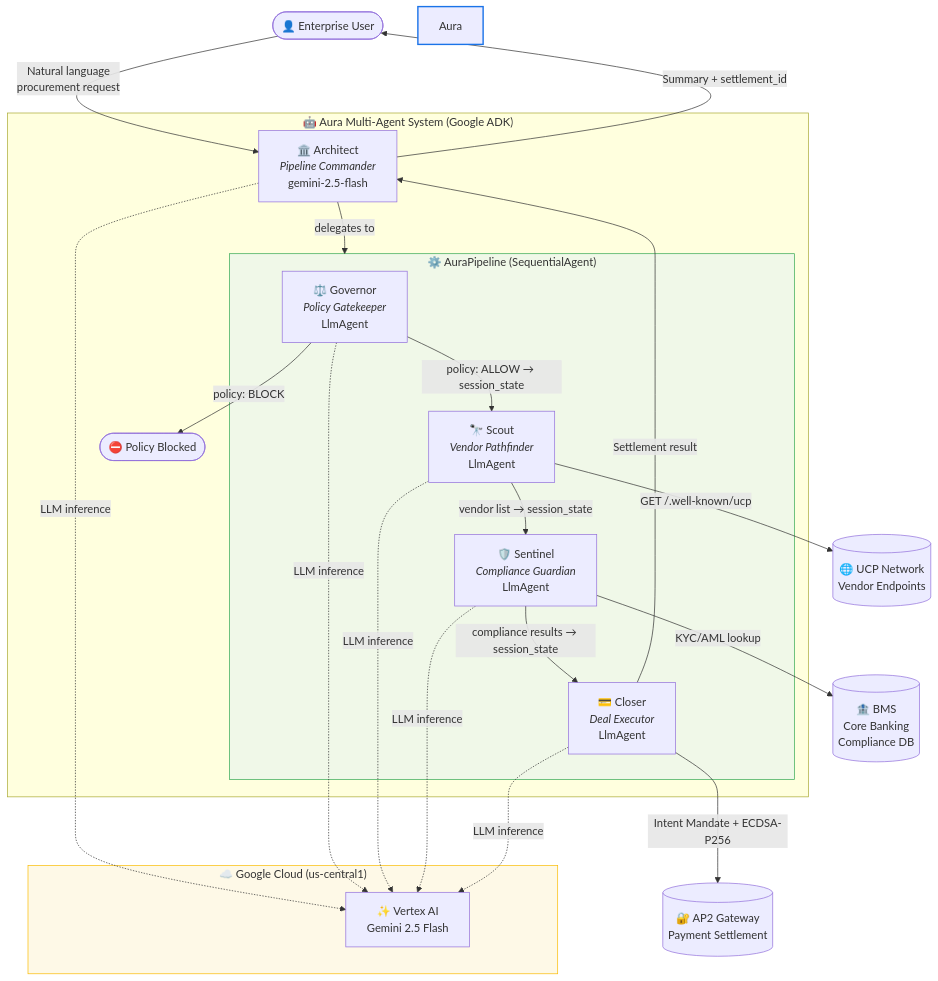
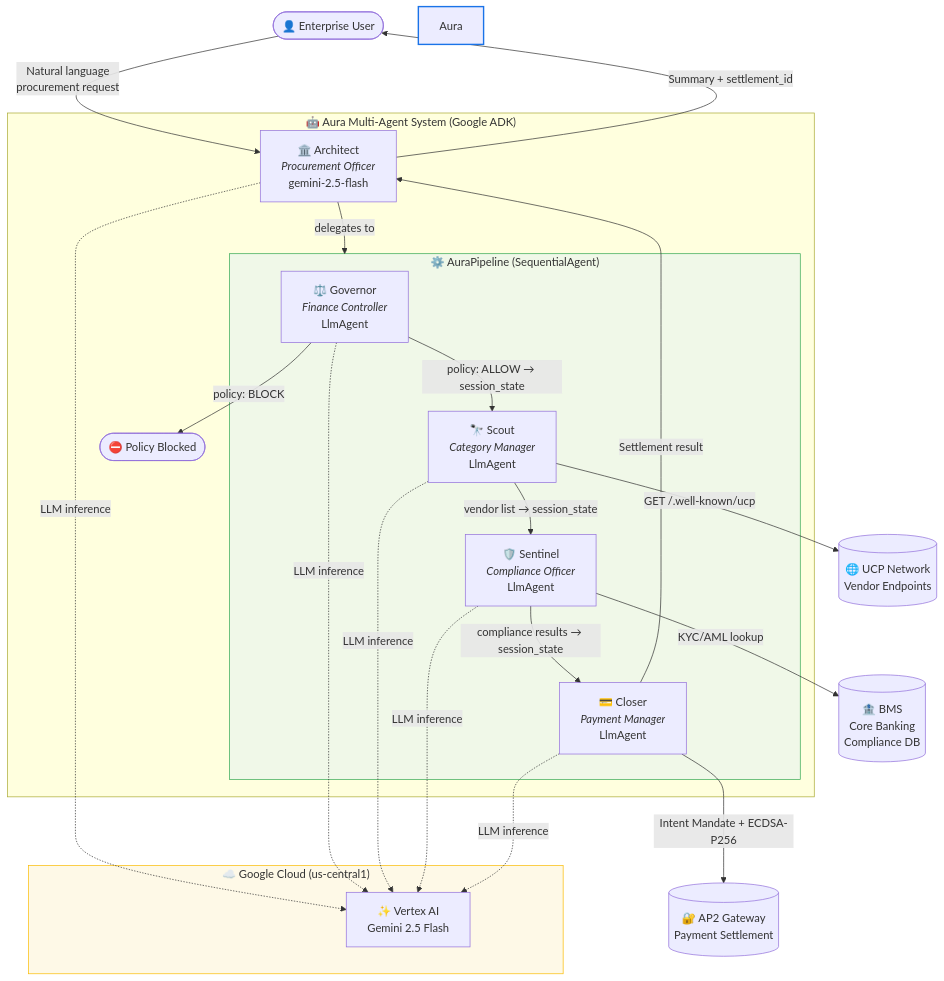
Before and after one commit to shailwx/aura: the diagram in docs/ARCHITECTURE.md, drawn with Mermaid. The commit also changed 26 other files, not shown here.

First line of the commit message:
feat: finish portal dashboard — severity CSS, finance history, live pipeline SSE (#32)

````diff
--- a/docs/ARCHITECTURE.md
+++ b/docs/ARCHITECTURE.md
@@ -11,42 +11,42 @@
 ```mermaid
 graph TD
     User([👤 Enterprise User]) -->|Natural language<br/>procurement request| Architect
 
     subgraph Aura MAS ["🤖 Aura Multi-Agent System (Google ADK)"]
-        Architect["🏛️ Architect<br/><i>Pipeline Commander</i><br/>gemini-2.5-flash"]
+        Architect["🏛️ Architect<br/><i>Procurement Officer</i><br/>gemini-2.5-flash"]
 
         subgraph Pipeline ["⚙️ AuraPipeline (SequentialAgent)"]
-            Governor["⚖️ Governor<br/><i>Policy Gatekeeper</i><br/>LlmAgent"]
-            Scout["🔭 Scout<br/><i>Vendor Pathfinder</i><br/>LlmAgent"]
-            Sentinel["🛡️ Sentinel<br/><i>Compliance Guardian</i><br/>LlmAgent"]
-            Closer["💳 Closer<br/><i>Deal Executor</i><br/>LlmAgent"]
+            Governor["⚖️ Governor<br/><i>Finance Controller</i><br/>LlmAgent"]
+            Scout["🔭 Scout<br/><i>Category Manager</i><br/>LlmAgent"]
+            Sentinel["🛡️ Sentinel<br/><i>Compliance Officer</i><br/>LlmAgent"]
+            Closer["💳 Closer<br/><i>Payment Manager</i><br/>LlmAgent"]
         end
 
         Architect -->|delegates to| Pipeline
         Governor -->|policy: ALLOW → session_state| Scout
         Governor -->|policy: BLOCK| PolicyBlocked(["⛔ Policy Blocked"])
         Scout -->|vendor list → session_state| Sentinel
         Sentinel -->|compliance results → session_state| Closer
     end
 
     Scout -->|GET /.well-known/ucp| UCP[("🌐 UCP Network<br/>Vendor Endpoints")]
     Sentinel -->|KYC/AML lookup| BMS[("🏦 BMS<br/>Core Banking<br/>Compliance DB")]
     Closer -->|Intent Mandate + ECDSA-P256| AP2[("🔐 AP2 Gateway<br/>Payment Settlement")]
 
     Closer -->|Settlement result| Architect
     Architect -->|Summary + settlement_id| User
 
     subgraph GCP ["☁️ Google Cloud (us-central1)"]
         VertexAI["✨ Vertex AI<br/>Gemini 2.5 Flash"]
     end
 
     Architect -.->|LLM inference| VertexAI
     Governor -.->|LLM inference| VertexAI
     Scout -.->|LLM inference| VertexAI
     Sentinel -.->|LLM inference| VertexAI
     Closer -.->|LLM inference| VertexAI
 
     style Aura MAS fill:#e8f4f8,stroke:#1a73e8,stroke-width:2px
     style Pipeline fill:#f0f8e8,stroke:#34a853,stroke-width:1px
     style GCP fill:#fef9e7,stroke:#fbbc04,stroke-width:1px
 ```
````
